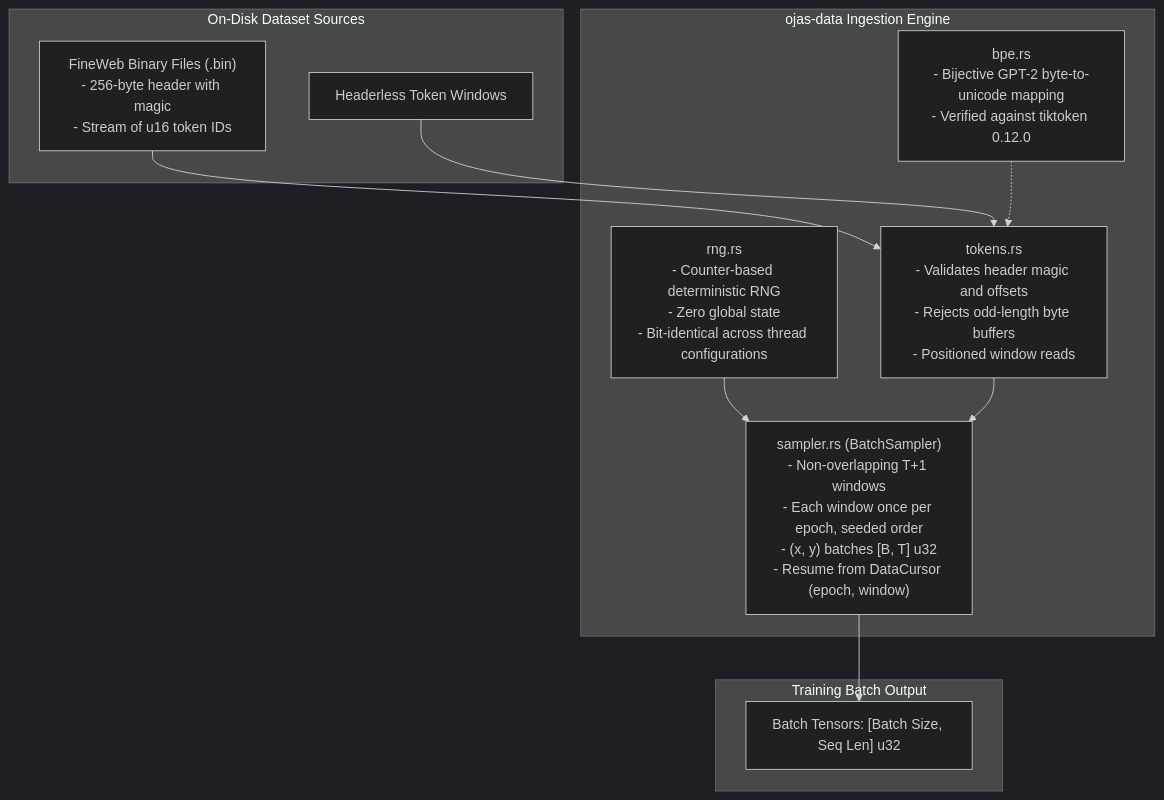
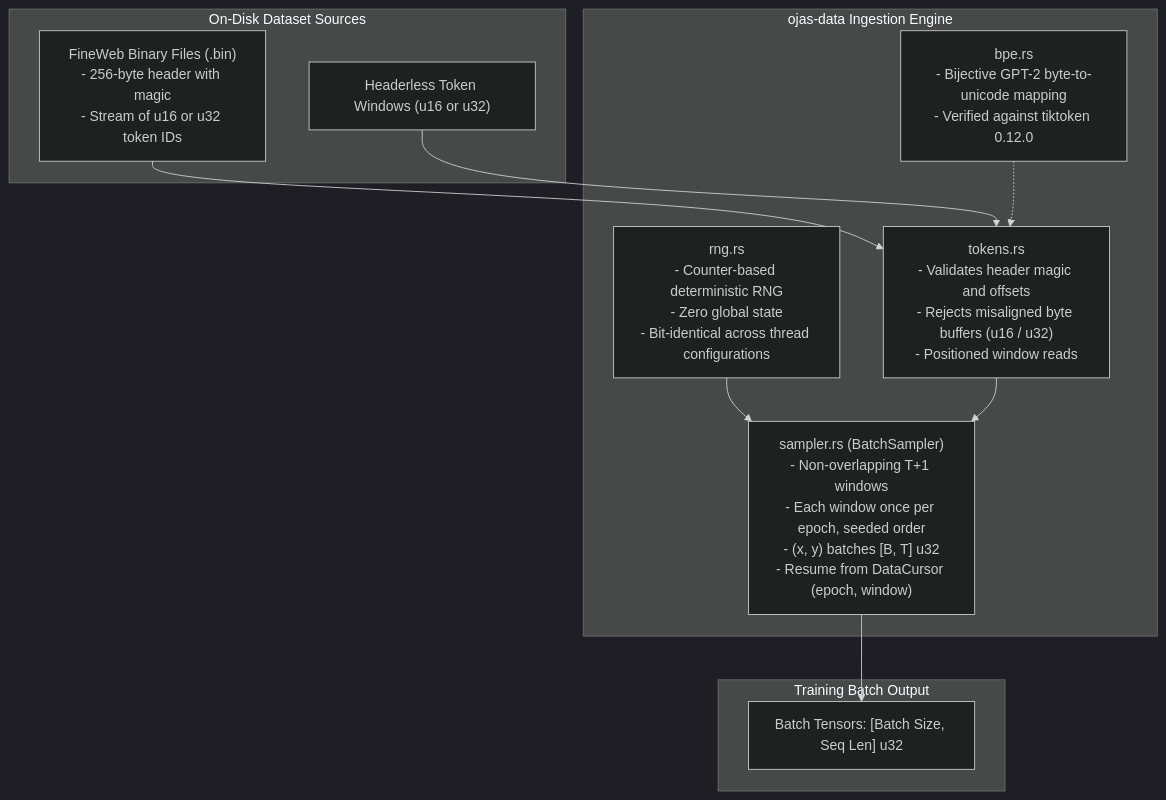
One commit to bharathvbcr/ojas changed the first of 2 diagrams in ojas-data/README.md. Above: the diagram before and after it, drawn with Mermaid (dark theme). The commit also changed other lines of this file and 497 other files, not shown here.

First line of the commit message:
feat: add CUDA backend, BF16 autocast tier, head dim 256 GQA, and u32 TokenBin

````diff
--- a/ojas-data/README.md
+++ b/ojas-data/README.md
@@ -9,25 +9,25 @@
 ```mermaid
 flowchart TD
     subgraph Storage["On-Disk Dataset Sources"]
-        FineWeb["FineWeb Binary Files (.bin)\n- 256-byte header with magic\n- Stream of u16 token IDs"]
-        RawWindows["Headerless Token Windows"]
+        FineWeb["FineWeb Binary Files (.bin)\n- 256-byte header with magic\n- Stream of u16 or u32 token IDs"]
+        RawWindows["Headerless Token Windows (u16 or u32)"]
     end
 
     subgraph DataEngine["ojas-data Ingestion Engine"]
-        Tokens["tokens.rs\n- Validates header magic and offsets\n- Rejects odd-length byte buffers\n- Positioned window reads"]
+        Tokens["tokens.rs\n- Validates header magic and offsets\n- Rejects misaligned byte buffers (u16 / u32)\n- Positioned window reads"]
         Sampler["sampler.rs (BatchSampler)\n- Non-overlapping T+1 windows\n- Each window once per epoch, seeded order\n- (x, y) batches [B, T] u32\n- Resume from DataCursor (epoch, window)"]
         RNG["rng.rs\n- Counter-based deterministic RNG\n- Zero global state\n- Bit-identical across thread configurations"]
         BPE["bpe.rs\n- Bijective GPT-2 byte-to-unicode mapping\n- Verified against tiktoken 0.12.0"]
     end
 
     subgraph Batches["Training Batch Output"]
         Out["Batch Tensors: [Batch Size, Seq Len] u32"]
     end
 
     FineWeb --> Tokens
     RawWindows --> Tokens
     RNG --> Sampler
     BPE -.-> Tokens
     Tokens --> Sampler
     Sampler --> Out
 ```
````
